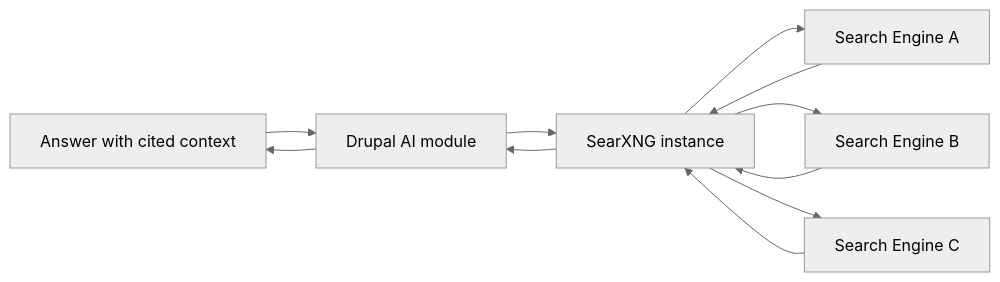
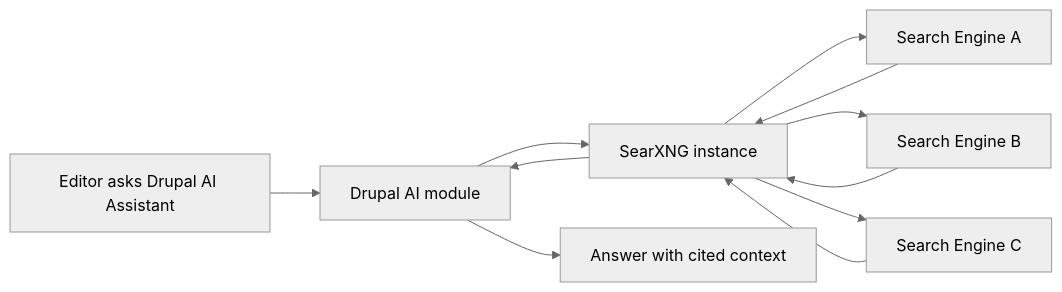
One commit to victorstack-ai/agent-blog changed the diagram in blog/2026-02-24-searxng-drupal-ai-assistants-privacy-first-search.md. Above: the diagram before and after it, drawn with Mermaid (neutral theme). The commit also changed other lines of this file and 117 other files, not shown here.

````diff
--- a/blog/2026-02-24-searxng-drupal-ai-assistants-privacy-first-search.md
+++ b/blog/2026-02-24-searxng-drupal-ai-assistants-privacy-first-search.md
@@ -30,13 +32,13 @@
 ```mermaid
 flowchart LR
     U[Editor asks Drupal AI Assistant] --> D[Drupal AI module]
     D --> S[SearXNG instance]
     S --> E1[Search Engine A]
     S --> E2[Search Engine B]
     S --> E3[Search Engine C]
     E1 --> S
     E2 --> S
     E3 --> S
     S --> D
-    D --> U[Answer with cited context]
+    D --> U2[Answer with cited context]
 ```
````
